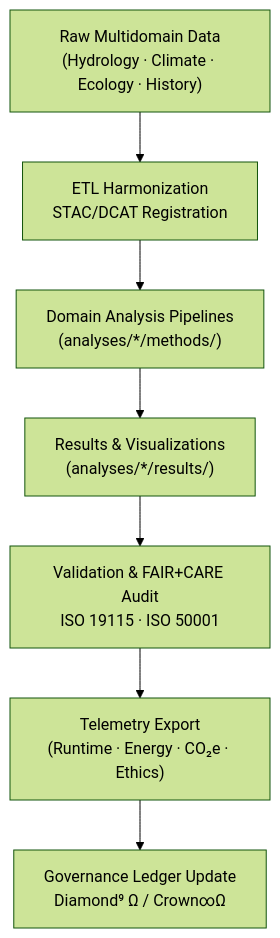
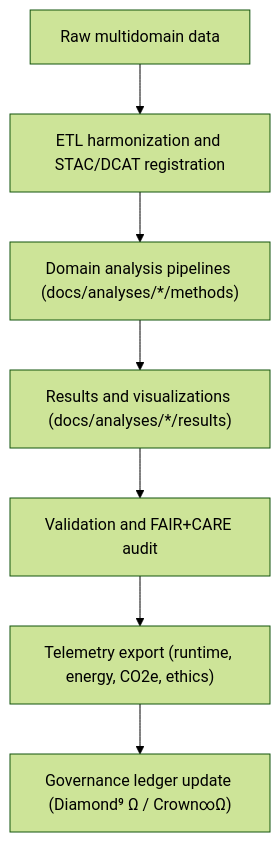
Before and after one commit to bartytime4life/Kansas-Frontier-Matrix: the diagram in docs/analyses/README.md, drawn with Mermaid (forest theme). The commit also changed other lines of this file, not shown here.

```diff
--- a/docs/analyses/README.md
+++ b/docs/analyses/README.md
@@ -289,10 +298,9 @@
 ~~~mermaid
 flowchart TD
-  A["Raw Multidomain Data<br/>(Hydrology · Climate · Ecology · History)"]
-    --> B["ETL Harmonization<br/>STAC/DCAT Registration"]
-  B --> C["Domain Analysis Pipelines<br/>(analyses/*/methods/)"]
-  C --> D["Results & Visualizations<br/>(analyses/*/results/)"]
-  D --> E["Validation & FAIR+CARE Audit<br/>ISO 19115 · ISO 50001"]
-  E --> F["Telemetry Export<br/>(Runtime · Energy · CO₂e · Ethics)"]
-  F --> G["Governance Ledger Update<br/>Diamond⁹ Ω / Crown∞Ω"]
+  A["Raw multidomain data"] --> B["ETL harmonization and STAC/DCAT registration"]
+  B --> C["Domain analysis pipelines (docs/analyses/*/methods)"]
+  C --> D["Results and visualizations (docs/analyses/*/results)"]
+  D --> E["Validation and FAIR+CARE audit"]
+  E --> F["Telemetry export (runtime, energy, CO2e, ethics)"]
+  F --> G["Governance ledger update (Diamond⁹ Ω / Crown∞Ω)"]
 ~~~
```
